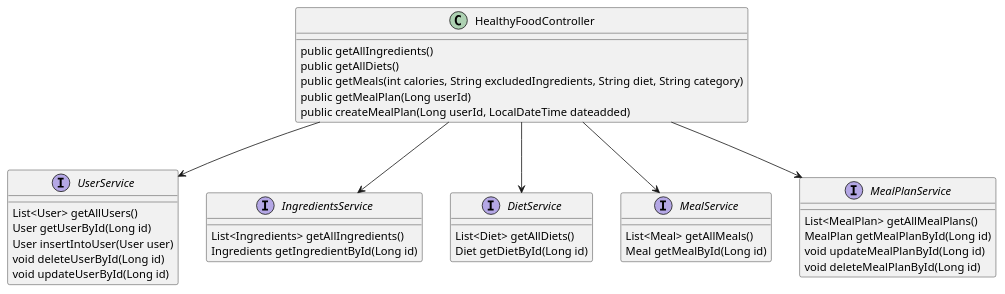
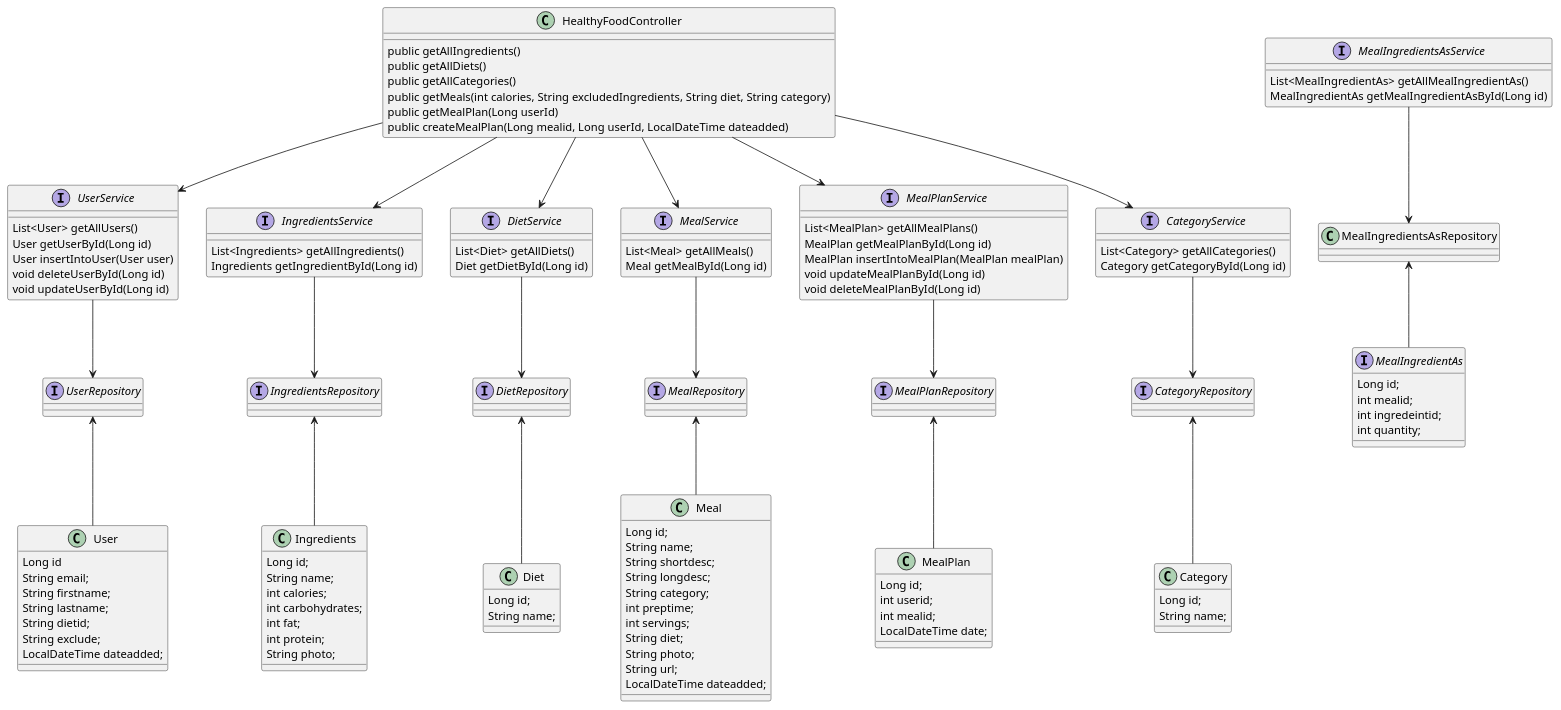
One commit to jayshree430/healthy-food-api changed the diagram in src/main/resources/HealthyFoodControllerAndServicesUML.puml. Above: the diagram before and after it, drawn with PlantUML.

Commit message:
Created a class Diagram to show the flow of Controllers, Service, Repository and Model classes

```diff
--- a/src/main/resources/HealthyFoodControllerAndServicesUML.puml
+++ b/src/main/resources/HealthyFoodControllerAndServicesUML.puml
@@ -1,48 +1,146 @@
 @startuml
 
 HealthyFoodController --> UserService
 HealthyFoodController --> IngredientsService
 HealthyFoodController --> DietService
 HealthyFoodController --> MealService
 HealthyFoodController --> MealPlanService
+HealthyFoodController --> CategoryService
+UserService --> UserRepository
+IngredientsService --> IngredientsRepository
+DietService --> DietRepository
+MealService --> MealRepository
+MealPlanService --> MealPlanRepository
+MealIngredientsAsService --> MealIngredientsAsRepository
+CategoryService --> CategoryRepository
+UserRepository <-- User
+IngredientsRepository <-- Ingredients
+DietRepository <-- Diet
+MealRepository <-- Meal
+MealPlanRepository <-- MealPlan
+CategoryRepository <-- Category
+MealIngredientsAsRepository <-- MealIngredientAs
 
 Class HealthyFoodController{
 
     public getAllIngredients()
     public getAllDiets()
+    public getAllCategories()
     public getMeals(int calories, String excludedIngredients, String diet, String category)
     public getMealPlan(Long userId)
-    public createMealPlan(Long userId, LocalDateTime dateadded)
+    public createMealPlan(Long mealid, Long userId, LocalDateTime dateadded)
 }
 interface DietService {
     List<Diet> getAllDiets()
     Diet getDietById(Long id)
+}
+interface CategoryService {
+    List<Category> getAllCategories()
+    Category getCategoryById(Long id)
 }
 interface IngredientsService {
 
     List<Ingredients> getAllIngredients()
     Ingredients getIngredientById(Long id)
 }
 
 interface MealPlanService {
 
     List<MealPlan> getAllMealPlans()
     MealPlan getMealPlanById(Long id)
+    MealPlan insertIntoMealPlan(MealPlan mealPlan)
     void updateMealPlanById(Long id)
     void deleteMealPlanById(Long id)
+}
+interface MealIngredientsAsService {
+
+    List<MealIngredientAs> getAllMealIngredientAs()
+    MealIngredientAs getMealIngredientAsById(Long id)
 }
 
 interface MealService {
     List<Meal> getAllMeals()
     Meal getMealById(Long id)
 }
 
 interface UserService {
     List<User> getAllUsers()
     User getUserById(Long id)
     User insertIntoUser(User user)
     void deleteUserById(Long id)
     void updateUserById(Long id)
 }
 
+class User {
+    Long id
+        String email;
+        String firstname;
+        String lastname;
+        String dietid;
+        String exclude;
+        LocalDateTime dateadded;
+}
+
+class Ingredients{
+    Long id;
+    String name;
+    int calories;
+    int carbohydrates;
+    int fat;
+    int protein;
+    String photo;
+}
+
+class MealIngredientAs{
+    Long id;
+    int mealid;
+    int ingredeintid;
+    int quantity;
+}
+
+class Diet{
+    Long id;
+    String name;
+}
+
+class Meal{
+    Long id;
+    String name;
+    String shortdesc;
+    String longdesc;
+    String category;
+    int preptime;
+    int servings;
+    String diet;
+    String photo;
+    String url;
+    LocalDateTime dateadded;
+}
+
+class Category{
+    Long id;
+    String name;
+}
+
+class MealPlan{
+    Long id;
+    int userid;
+    int mealid;
+    LocalDateTime date;
+}
+interface UserRepository{
+}
+interface CategoryRepository{
+}
+interface IngredientsRepository{
+}
+interface DietRepository{
+}
+interface MealPlanRepository{
+}
+interface MealRepository{
+}
+interface MealIngredientAs{
+}
+
 @enduml
```
